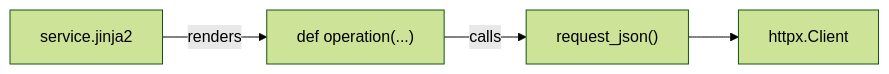
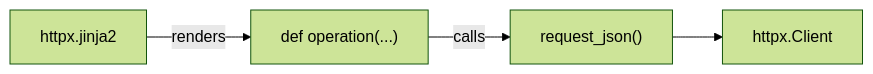
The diagram in scripts/openapi_templates/README.md (alexdearaujo/community_sdk_python), drawn with Mermaid (forest theme) before and after one commit. The commit also changed other lines of this file and 19 other files, not shown here.

````diff
--- a/scripts/openapi_templates/README.md
+++ b/scripts/openapi_templates/README.md
@@ -30,7 +30,7 @@
 ```mermaid
 flowchart LR
-    A[service.jinja2] -->|renders| B["def operation(...)"]
+    A[httpx.jinja2] -->|renders| B["def operation(...)"]
     B -->|calls| C["request_json()"]
     C --> D[httpx.Client]
 
 ```
````
